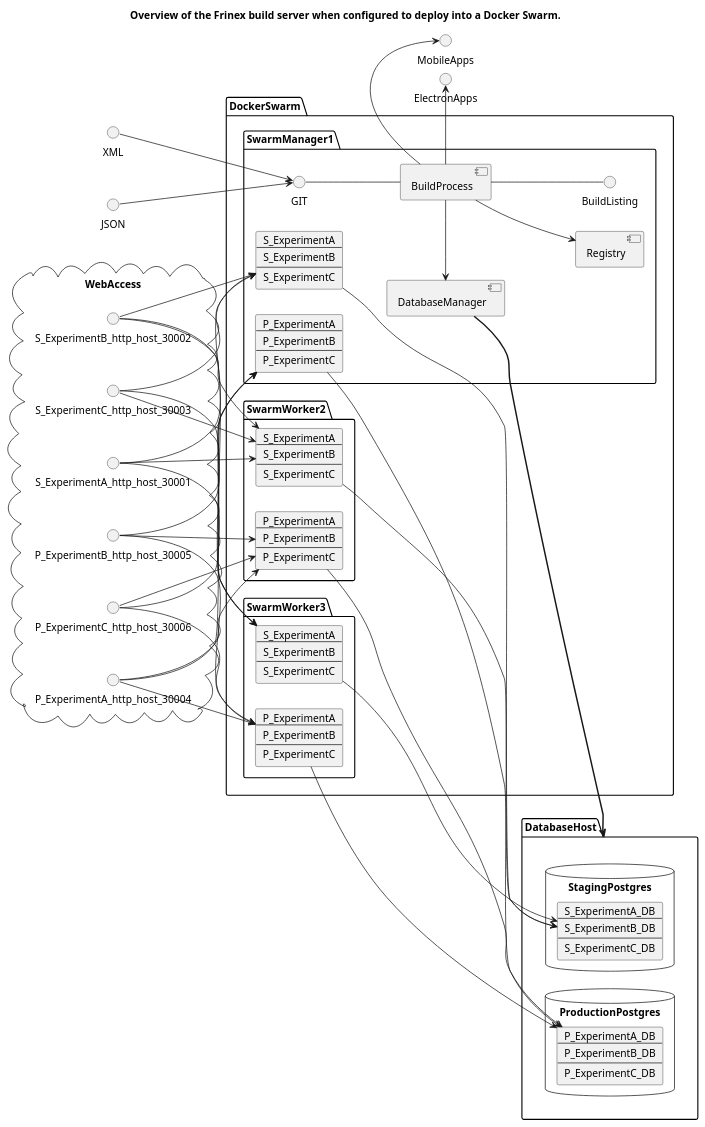
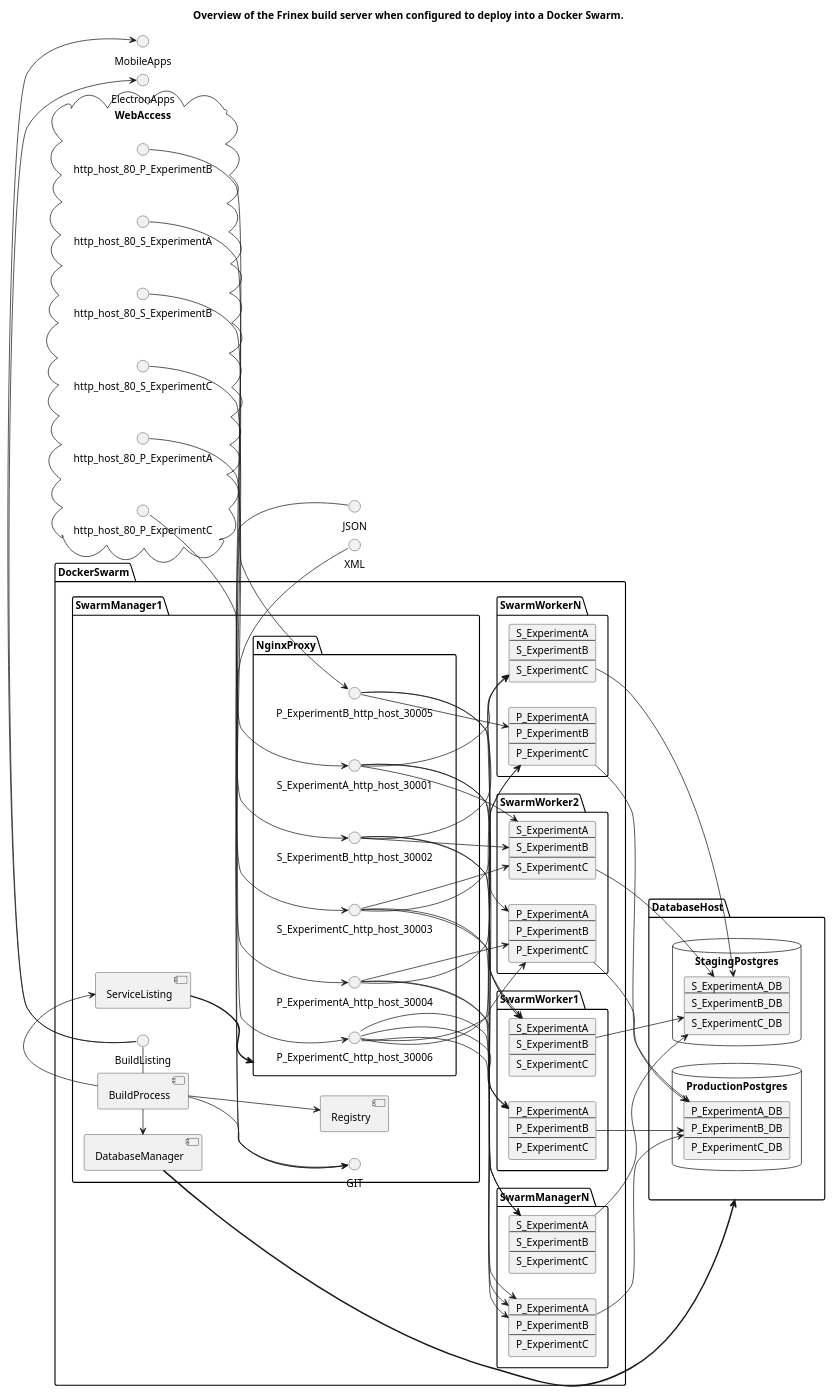
The diagram in src/main/uml/DockerSwarmOverview.puml (MPI-ExperimentGroup/FrinexBuildService), drawn with PlantUML before and after one commit. The commit also changed 3 other files, not shown here.

Commit message:
Updated the Docker swarm UML diagram to include NGINX and added some collected build time stats.

```diff
--- a/src/main/uml/DockerSwarmOverview.puml
+++ b/src/main/uml/DockerSwarmOverview.puml
@@ -1,120 +1,159 @@
 @startuml
 title Overview of the Frinex build server when configured to deploy into a Docker Swarm.
 left to right direction
 package "DatabaseHost" {
   database "StagingPostgres" {
     card S_Postgres[
       S_ExperimentA_DB
       ----
       S_ExperimentB_DB
       ----
       S_ExperimentC_DB
     ]
   }
   database "ProductionPostgres" {
     card P_Postgres [
       P_ExperimentA_DB
       ----
       P_ExperimentB_DB
       ----
       P_ExperimentC_DB
     ]
   }
 }
 
 package "DockerSwarm" {
 
   package "SwarmManager1" {
-    GIT -- [BuildProcess]
-    [BuildProcess] -- BuildListing
-    [BuildProcess] -> [DatabaseManager]
+    [BuildProcess] -- GIT
+    [BuildProcess] -right- BuildListing
+    [BuildProcess] -right-> [DatabaseManager]
     [DatabaseManager] ==> DatabaseHost
     [Registry]
+    [BuildProcess] -left-> [ServiceListing]
+    [ServiceListing] ==> NginxProxy
+  }
+  package "SwarmManagerN" {
+    card StagingN1 [
+      S_ExperimentA
+      ----
+      S_ExperimentB
+      ----
+      S_ExperimentC
+    ]
+    StagingN1 --> S_Postgres
+    card ProductionN1 [
+      P_ExperimentA
+      ----
+      P_ExperimentB
+      ----
+      P_ExperimentC
+    ]
+    ProductionN1 --> P_Postgres
+  }
+
+  package "SwarmWorker1" {
     card Staging1 [
       S_ExperimentA
       ----
       S_ExperimentB
       ----
       S_ExperimentC
     ]
     Staging1 --> S_Postgres
     card Production1 [
       P_ExperimentA
       ----
       P_ExperimentB
       ----
       P_ExperimentC
     ]
     Production1 --> P_Postgres
   }
-
+  
   package "SwarmWorker2" {
     card Staging2 [
       S_ExperimentA
       ----
       S_ExperimentB
       ----
       S_ExperimentC
     ]
     Staging2 --> S_Postgres
     card Production2 [
       P_ExperimentA
       ----
       P_ExperimentB
       ----
       P_ExperimentC
     ]
     Production2 --> P_Postgres
   }
 
-  package "SwarmWorker3" {
-    card Staging3 [
+  package "SwarmWorkerN" {
+    card StagingN [
       S_ExperimentA
       ----
       S_ExperimentB
       ----
       S_ExperimentC
     ]
-    Staging3 --> S_Postgres
-    card Production3 [
+    StagingN --> S_Postgres
+    card ProductionN [
       P_ExperimentA
       ----
       P_ExperimentB
       ----
       P_ExperimentC
     ]
-    Production3 --> P_Postgres
+    ProductionN --> P_Postgres
   }
 }
 
-XML --> GIT
-JSON --> GIT
+' cloud EndUser {
+XML -ri-> GIT
+JSON -ri-> GIT
+' }
 
-BuildProcess -ri-> ElectronApps
-BuildProcess -ri-> MobileApps
+BuildListing -ri-> ElectronApps
+BuildListing -ri-> MobileApps
 
 BuildProcess --> Registry
 
-cloud WebAccess {
+package NginxProxy {
 S_ExperimentA_http_host_30001 --> Staging1
+S_ExperimentA_http_host_30001 --> StagingN1
 S_ExperimentA_http_host_30001 --> Staging2
-S_ExperimentA_http_host_30001 --> Staging3
+S_ExperimentA_http_host_30001 --> StagingN
 S_ExperimentB_http_host_30002 --> Staging1
+S_ExperimentB_http_host_30002 --> StagingN1
 S_ExperimentB_http_host_30002 --> Staging2
-S_ExperimentB_http_host_30002 --> Staging3
+S_ExperimentB_http_host_30002 --> StagingN
 S_ExperimentC_http_host_30003 --> Staging1
+S_ExperimentC_http_host_30003 --> StagingN1
 S_ExperimentC_http_host_30003 --> Staging2
-S_ExperimentC_http_host_30003 --> Staging3
+S_ExperimentC_http_host_30003 --> StagingN
 
 P_ExperimentA_http_host_30004 --> Production1
 P_ExperimentA_http_host_30004 --> Production2
-P_ExperimentA_http_host_30004 --> Production3
+P_ExperimentA_http_host_30004 --> ProductionN
+P_ExperimentA_http_host_30004 --> ProductionN1
 P_ExperimentB_http_host_30005 --> Production1
 P_ExperimentB_http_host_30005 --> Production2
-P_ExperimentB_http_host_30005 --> Production3
+P_ExperimentB_http_host_30005 --> ProductionN
 P_ExperimentC_http_host_30006 --> Production1
+P_ExperimentC_http_host_30006 --> ProductionN1
 P_ExperimentC_http_host_30006 --> Production2
-P_ExperimentC_http_host_30006 --> Production3
+P_ExperimentC_http_host_30006 --> ProductionN
+P_ExperimentC_http_host_30006 --> ProductionN1
 }
 
+cloud WebAccess {
+  http_host_80_S_ExperimentA --> S_ExperimentA_http_host_30001
+  http_host_80_S_ExperimentB --> S_ExperimentB_http_host_30002
+  http_host_80_S_ExperimentC --> S_ExperimentC_http_host_30003
+  http_host_80_P_ExperimentA --> P_ExperimentA_http_host_30004
+  http_host_80_P_ExperimentB --> P_ExperimentB_http_host_30005
+  http_host_80_P_ExperimentC --> P_ExperimentC_http_host_30006
+}
 @enduml
```
